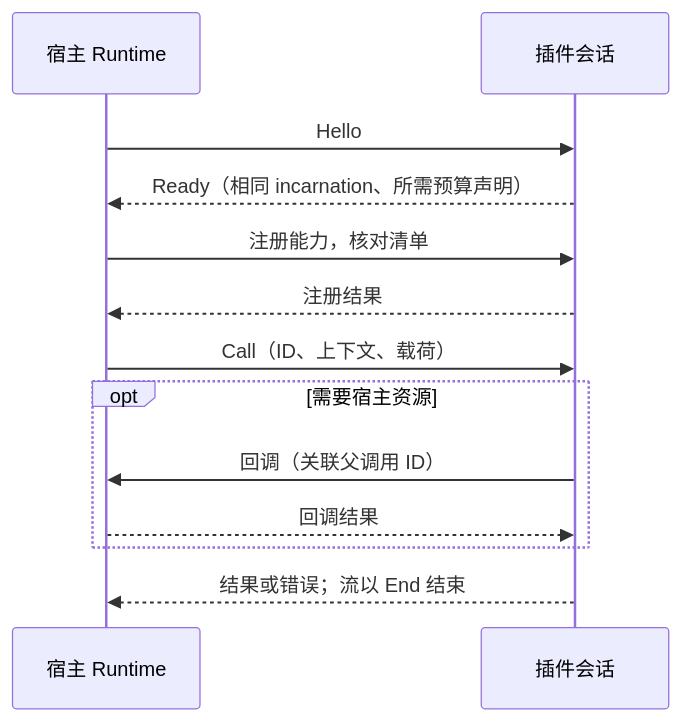
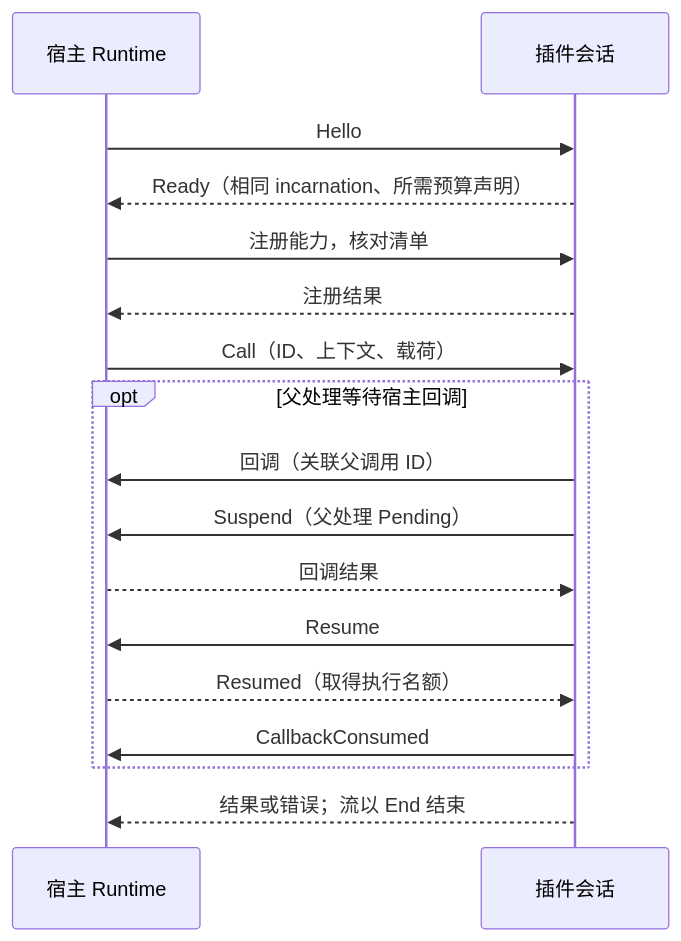
The diagram in backend/crates/gateway-plugin/sdk/README.md (DNAlec/codex-proxy-rs), drawn with Mermaid before and after one commit. The commit also changed other lines of this file and 52 other files, not shown here.

````diff
--- a/backend/crates/gateway-plugin/sdk/README.md
+++ b/backend/crates/gateway-plugin/sdk/README.md
@@ -62,15 +62,19 @@
 ```mermaid
 sequenceDiagram
   participant H as 宿主 Runtime
   participant P as 插件会话
   H->>P: Hello
   P-->>H: Ready（相同 incarnation、所需预算声明）
   H->>P: 注册能力，核对清单
   P-->>H: 注册结果
   H->>P: Call（ID、上下文、载荷）
-  opt 需要宿主资源
+  opt 父处理等待宿主回调
     P->>H: 回调（关联父调用 ID）
+    P->>H: Suspend（父处理 Pending）
     H-->>P: 回调结果
+    P->>H: Resume
+    H-->>P: Resumed（取得执行名额）
+    P->>H: CallbackConsumed
   end
   P-->>H: 结果或错误；流以 End 结束
 ```
````
